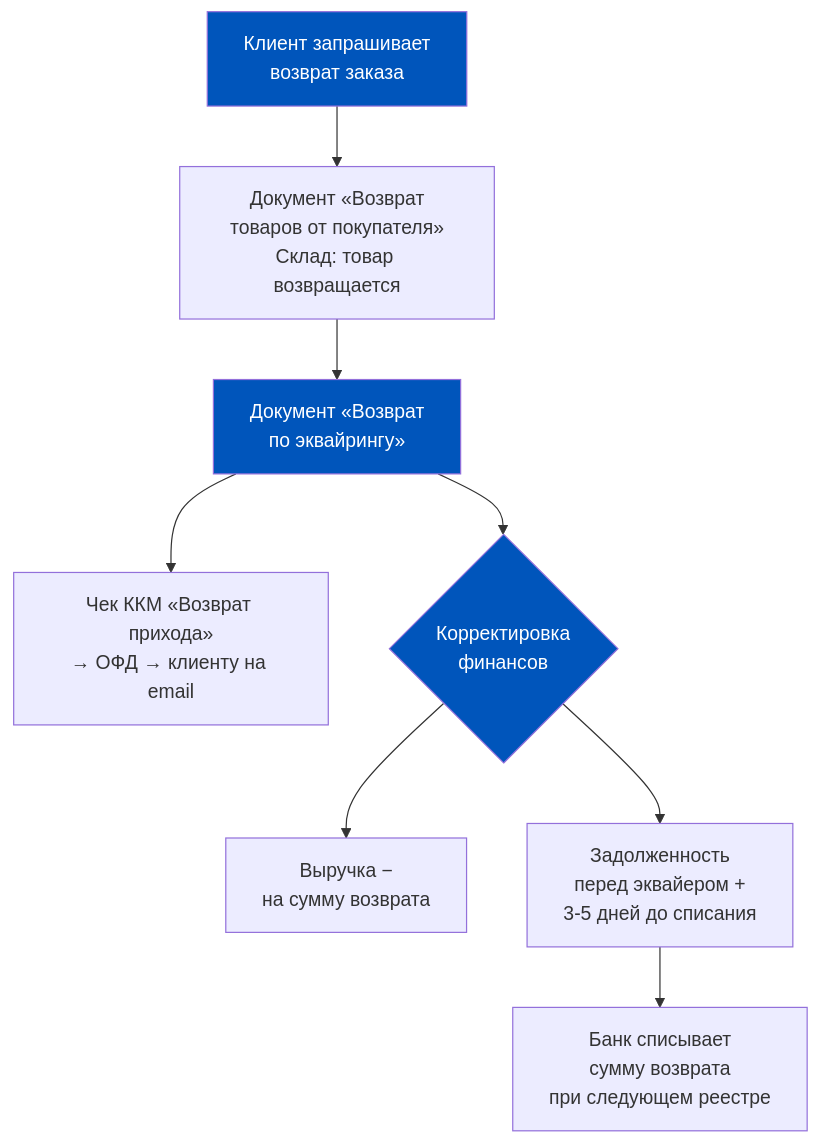
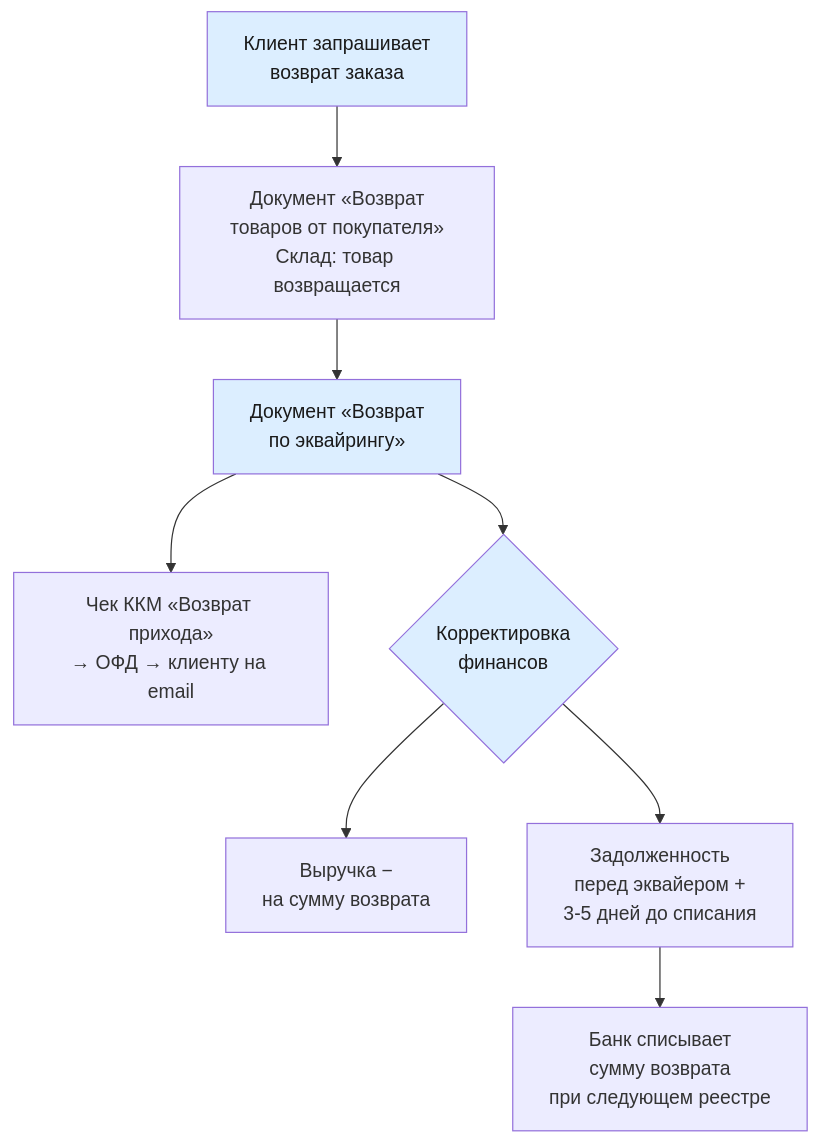
Before and after one commit to murad1986/1c-erp-quartz: the fourth of 7 diagrams in content/1c-erp/week_8/Неделя 8 - День 4 - Эквайринг и чеки.md, drawn with Mermaid. The commit also changed other lines of this file and 57 other files, not shown here.

First line of the commit message:
fix: Mermaid — пастельные цвета в источниках диаграмм (56 файлов)

````diff
--- a/content/1c-erp/week_8/Неделя 8 - День 4 - Эквайринг и чеки.md
+++ b/content/1c-erp/week_8/Неделя 8 - День 4 - Эквайринг и чеки.md
@@ -282,14 +282,14 @@
 ```mermaid
 flowchart TD
     A[Клиент запрашивает<br/>возврат заказа] --> B[Документ «Возврат<br/>товаров от покупателя»<br/>Склад: товар возвращается]
     B --> C[Документ «Возврат<br/>по эквайрингу»]
     C --> D[Чек ККМ «Возврат прихода»<br/>→ ОФД → клиенту на email]
     C --> E{Корректировка<br/>финансов}
     E --> F[Выручка −<br/>на сумму возврата]
     E --> G[Задолженность<br/>перед эквайером +<br/>3-5 дней до списания]
     G --> H[Банк списывает<br/>сумму возврата<br/>при следующем реестре]
 
-    style A fill:#0055BB,color:#fff
-    style C fill:#0055BB,color:#fff
-    style E fill:#0055BB,color:#fff
+    style A fill:#dceeff,color:#1a1a1a
+    style C fill:#dceeff,color:#1a1a1a
+    style E fill:#dceeff,color:#1a1a1a
 ```
````
